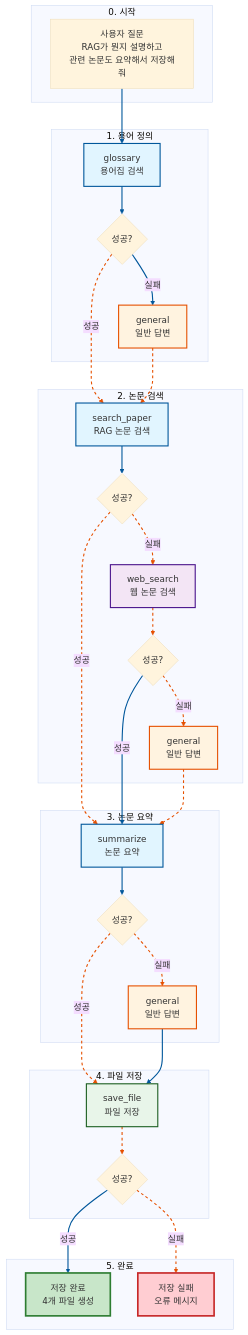
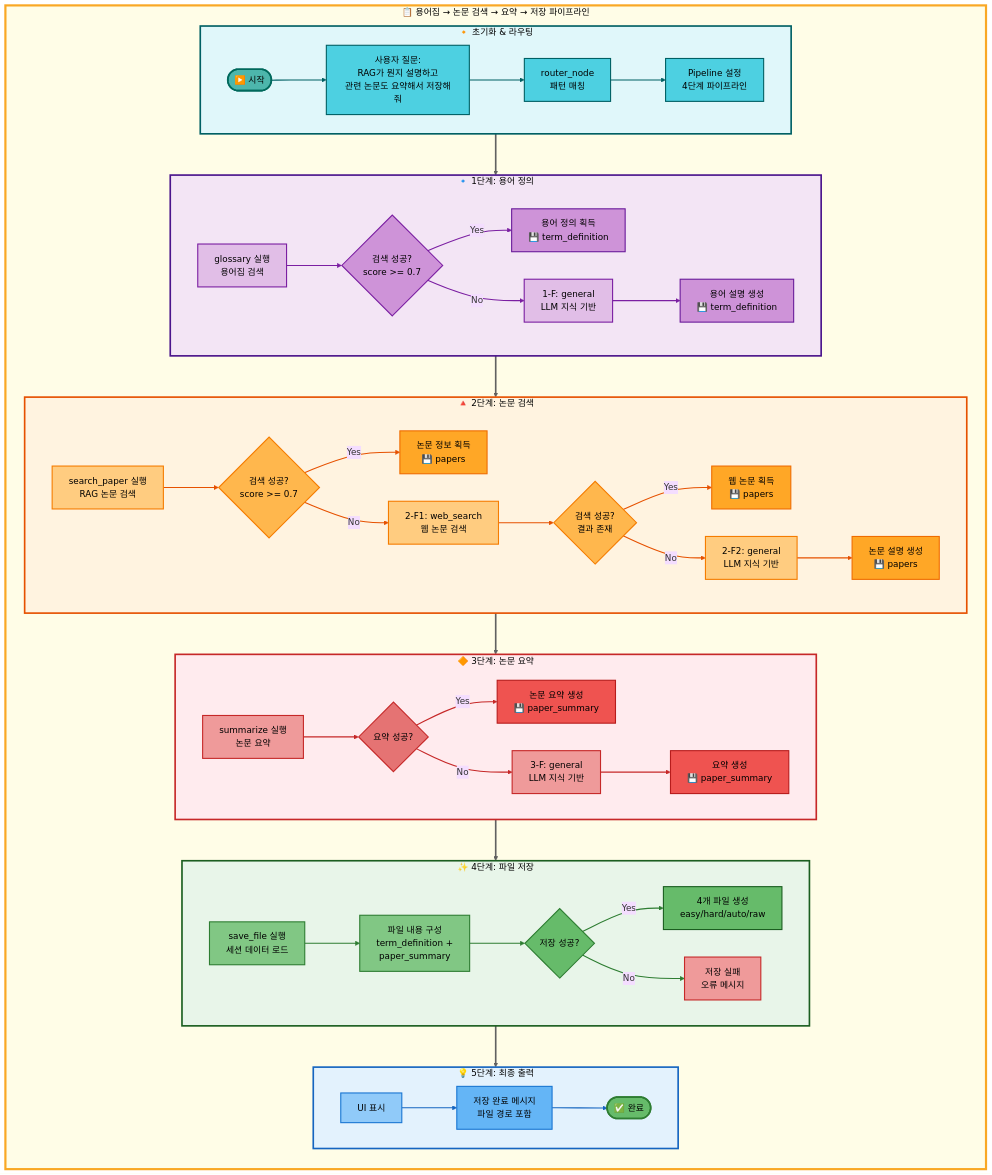
Before and after one commit to AIBootcamp14/langchainproject-new-langchainproject_5: the first of 2 diagrams in docs/architecture/multiple_request/15_사중요청_용어집_논문검색_요약_저장.md, drawn with Mermaid (base theme). The commit also changed other lines of this file, not shown here.

First line of the commit message:
fix: 15번 문서 Mermaid 다이어그램 스타일 수정

````diff
--- a/docs/architecture/multiple_request/15_사중요청_용어집_논문검색_요약_저장.md
+++ b/docs/architecture/multiple_request/15_사중요청_용어집_논문검색_요약_저장.md
@@ -611,73 +611,157 @@
 ```mermaid
 graph TB
-    subgraph "0. 시작"
-        A[사용자 질문<br/>RAG가 뭔지 설명하고<br/>관련 논문도 요약해서 저장해줘]
+    subgraph MainFlow["📋 용어집 → 논문 검색 → 요약 → 저장 파이프라인"]
+        direction TB
+
+        subgraph Init["🔸 초기화 & 라우팅"]
+            direction LR
+            Start([▶️ 시작]) --> A[사용자 질문:<br/>RAG가 뭔지 설명하고<br/>관련 논문도 요약해서 저장해줘]
+            A --> B[router_node<br/>패턴 매칭]
+            B --> C[Pipeline 설정<br/>4단계 파이프라인]
+        end
+
+        subgraph Step1["🔹 1단계: 용어 정의"]
+            direction LR
+            D[glossary 실행<br/>용어집 검색] --> E{검색 성공?<br/>score >= 0.7}
+            E -->|Yes| F[용어 정의 획득<br/>💾 term_definition]
+            E -->|No| G[1-F: general<br/>LLM 지식 기반]
+            G --> H[용어 설명 생성<br/>💾 term_definition]
+        end
+
+        subgraph Step2["🔺 2단계: 논문 검색"]
+            direction LR
+            I[search_paper 실행<br/>RAG 논문 검색] --> J{검색 성공?<br/>score >= 0.7}
+            J -->|Yes| K[논문 정보 획득<br/>💾 papers]
+            J -->|No| L[2-F1: web_search<br/>웹 논문 검색]
+            L --> M{검색 성공?<br/>결과 존재}
+            M -->|Yes| N[웹 논문 획득<br/>💾 papers]
+            M -->|No| O[2-F2: general<br/>LLM 지식 기반]
+            O --> P[논문 설명 생성<br/>💾 papers]
+        end
+
+        subgraph Step3["🔶 3단계: 논문 요약"]
+            direction LR
+            Q[summarize 실행<br/>논문 요약] --> R{요약 성공?}
+            R -->|Yes| S[논문 요약 생성<br/>💾 paper_summary]
+            R -->|No| T[3-F: general<br/>LLM 지식 기반]
+            T --> U[요약 생성<br/>💾 paper_summary]
+        end
+
+        subgraph Step4["✨ 4단계: 파일 저장"]
+            direction LR
+            V[save_file 실행<br/>세션 데이터 로드] --> W[파일 내용 구성<br/>term_definition +<br/>paper_summary]
+            W --> X{저장 성공?}
+            X -->|Yes| Y[4개 파일 생성<br/>easy/hard/auto/raw]
+            X -->|No| Z[저장 실패<br/>오류 메시지]
+        end
+
+        subgraph Output["💡 5단계: 최종 출력"]
+            direction LR
+            AA[UI 표시] --> AB[저장 완료 메시지<br/>파일 경로 포함]
+            AB --> End([✅ 완료])
+        end
+
+        %% 단계 간 연결
+        Init --> Step1
+        Step1 --> Step2
+        Step2 --> Step3
+        Step3 --> Step4
+        Step4 --> Output
     end
 
-    subgraph "1. 용어 정의"
-        B[glossary<br/>용어집 검색]
-        C[general<br/>일반 답변]
-        D{성공?}
-    end
+    %% 메인 워크플로우 배경
+    style MainFlow fill:#fffde7,stroke:#f9a825,stroke-width:4px,color:#000
 
-    subgraph "2. 논문 검색"
-        E[search_paper<br/>RAG 논문 검색]
-        F[web_search<br/>웹 논문 검색]
-        G[general<br/>일반 답변]
-        H{성공?}
-        I{성공?}
-    end
+    %% Subgraph 스타일
+    style Init fill:#e0f7fa,stroke:#006064,stroke-width:3px,color:#000
+    style Step1 fill:#f3e5f5,stroke:#4a148c,stroke-width:3px,color:#000
+    style Step2 fill:#fff3e0,stroke:#e65100,stroke-width:3px,color:#000
+    style Step3 fill:#ffebee,stroke:#c62828,stroke-width:3px,color:#000
+    style Step4 fill:#e8f5e9,stroke:#1b5e20,stroke-width:3px,color:#000
+    style Output fill:#e3f2fd,stroke:#1565c0,stroke-width:3px,color:#000
 
-    subgraph "3. 논문 요약"
-        J[summarize<br/>논문 요약]
-        K[general<br/>일반 답변]
-        L{성공?}
-    end
+    %% 노드 스타일 (초기화 - 청록 계열)
+    style Start fill:#4db6ac,stroke:#00695c,stroke-width:3px,color:#000
+    style A fill:#4dd0e1,stroke:#006064,stroke-width:2px,color:#000
+    style B fill:#4dd0e1,stroke:#006064,stroke-width:2px,color:#000
+    style C fill:#4dd0e1,stroke:#006064,stroke-width:2px,color:#000
 
-    subgraph "4. 파일 저장"
-        M[save_file<br/>파일 저장]
-        N{성공?}
-    end
+    %% 노드 스타일 (1단계 - 보라 계열)
+    style D fill:#e1bee7,stroke:#7b1fa2,stroke-width:2px,color:#000
+    style E fill:#ce93d8,stroke:#7b1fa2,stroke-width:2px,color:#000
+    style F fill:#ce93d8,stroke:#6a1b9a,stroke-width:2px,color:#000
+    style G fill:#e1bee7,stroke:#7b1fa2,stroke-width:2px,color:#000
+    style H fill:#ce93d8,stroke:#6a1b9a,stroke-width:2px,color:#000
 
-    subgraph "5. 완료"
-        O[저장 완료<br/>4개 파일 생성]
-        P[저장 실패<br/>오류 메시지]
-    end
+    %% 노드 스타일 (2단계 - 주황 계열)
+    style I fill:#ffcc80,stroke:#f57c00,stroke-width:2px,color:#000
+    style J fill:#ffb74d,stroke:#f57c00,stroke-width:2px,color:#000
+    style K fill:#ffa726,stroke:#ef6c00,stroke-width:2px,color:#000
+    style L fill:#ffcc80,stroke:#f57c00,stroke-width:2px,color:#000
+    style M fill:#ffb74d,stroke:#f57c00,stroke-width:2px,color:#000
+    style N fill:#ffa726,stroke:#ef6c00,stroke-width:2px,color:#000
+    style O fill:#ffcc80,stroke:#f57c00,stroke-width:2px,color:#000
+    style P fill:#ffa726,stroke:#ef6c00,stroke-width:2px,color:#000
 
-    A --> B
-    B --> D
-    D -->|성공| E
-    D -->|실패| C
-    C --> E
+    %% 노드 스타일 (3단계 - 빨강 계열)
+    style Q fill:#ef9a9a,stroke:#c62828,stroke-width:2px,color:#000
+    style R fill:#e57373,stroke:#c62828,stroke-width:2px,color:#000
+    style S fill:#ef5350,stroke:#b71c1c,stroke-width:2px,color:#000
+    style T fill:#ef9a9a,stroke:#c62828,stroke-width:2px,color:#000
+    style U fill:#ef5350,stroke:#b71c1c,stroke-width:2px,color:#000
 
-    E --> H
-    H -->|성공| J
-    H -->|실패| F
-    F --> I
-    I -->|성공| J
-    I -->|실패| G
-    G --> J
+    %% 노드 스타일 (4단계 - 녹색 계열)
+    style V fill:#81c784,stroke:#2e7d32,stroke-width:2px,color:#000
+    style W fill:#81c784,stroke:#2e7d32,stroke-width:2px,color:#000
+    style X fill:#66bb6a,stroke:#2e7d32,stroke-width:2px,color:#000
+    style Y fill:#66bb6a,stroke:#1b5e20,stroke-width:2px,color:#000
+    style Z fill:#ef9a9a,stroke:#c62828,stroke-width:2px,color:#000
 
-    J --> L
-    L -->|성공| M
-    L -->|실패| K
-    K --> M
+    %% 노드 스타일 (출력 - 파랑 계열)
+    style AA fill:#90caf9,stroke:#1976d2,stroke-width:2px,color:#000
+    style AB fill:#64b5f6,stroke:#1976d2,stroke-width:2px,color:#000
+    style End fill:#66bb6a,stroke:#2e7d32,stroke-width:3px,color:#000
 
-    M --> N
-    N -->|성공| O
-    N -->|실패| P
+    %% 연결선 스타일 (초기화 - 청록 0~2)
+    linkStyle 0 stroke:#006064,stroke-width:2px
+    linkStyle 1 stroke:#006064,stroke-width:2px
+    linkStyle 2 stroke:#006064,stroke-width:2px
 
-    style B fill:#e1f5ff,stroke:#01579b,stroke-width:2px
-    style C fill:#fff3e0,stroke:#e65100,stroke-width:2px
-    style E fill:#e1f5ff,stroke:#01579b,stroke-width:2px
-    style F fill:#f3e5f5,stroke:#4a148c,stroke-width:2px
-    style G fill:#fff3e0,stroke:#e65100,stroke-width:2px
-    style J fill:#e1f5ff,stroke:#01579b,stroke-width:2px
-    style K fill:#fff3e0,stroke:#e65100,stroke-width:2px
-    style M fill:#e8f5e9,stroke:#1b5e20,stroke-width:2px
-    style O fill:#c8e6c9,stroke:#2e7d32,stroke-width:3px
-    style P fill:#ffcdd2,stroke:#c62828,stroke-width:3px
+    %% 연결선 스타일 (1단계 - 보라 3~6)
+    linkStyle 3 stroke:#7b1fa2,stroke-width:2px
+    linkStyle 4 stroke:#7b1fa2,stroke-width:2px
+    linkStyle 5 stroke:#7b1fa2,stroke-width:2px
+    linkStyle 6 stroke:#7b1fa2,stroke-width:2px
 
-linkStyle 0,1,3,5,9,12,15,17 stroke:#01579b,stroke-width:2px
-linkStyle 2,4,6,7,8,10,11,13,14,16,18 stroke:#e65100,stroke-width:2px,stroke-dasharray:5
+    %% 연결선 스타일 (2단계 - 주황 7~13)
+    linkStyle 7 stroke:#e65100,stroke-width:2px
+    linkStyle 8 stroke:#e65100,stroke-width:2px
+    linkStyle 9 stroke:#e65100,stroke-width:2px
+    linkStyle 10 stroke:#e65100,stroke-width:2px
+    linkStyle 11 stroke:#e65100,stroke-width:2px
+    linkStyle 12 stroke:#e65100,stroke-width:2px
+    linkStyle 13 stroke:#e65100,stroke-width:2px
+
+    %% 연결선 스타일 (3단계 - 빨강 14~17)
+    linkStyle 14 stroke:#c62828,stroke-width:2px
+    linkStyle 15 stroke:#c62828,stroke-width:2px
+    linkStyle 16 stroke:#c62828,stroke-width:2px
+    linkStyle 17 stroke:#c62828,stroke-width:2px
+
+    %% 연결선 스타일 (4단계 - 녹색 18~21)
+    linkStyle 18 stroke:#2e7d32,stroke-width:2px
+    linkStyle 19 stroke:#2e7d32,stroke-width:2px
+    linkStyle 20 stroke:#2e7d32,stroke-width:2px
+    linkStyle 21 stroke:#2e7d32,stroke-width:2px
+
+    %% 연결선 스타일 (출력 - 파랑 22~23)
+    linkStyle 22 stroke:#1565c0,stroke-width:2px
+    linkStyle 23 stroke:#1565c0,stroke-width:2px
+
+    %% 단계 간 연결 (회색 24~28)
+    linkStyle 24 stroke:#616161,stroke-width:3px
+    linkStyle 25 stroke:#616161,stroke-width:3px
+    linkStyle 26 stroke:#616161,stroke-width:3px
+    linkStyle 27 stroke:#616161,stroke-width:3px
+    linkStyle 28 stroke:#616161,stroke-width:3px
 ```
````
